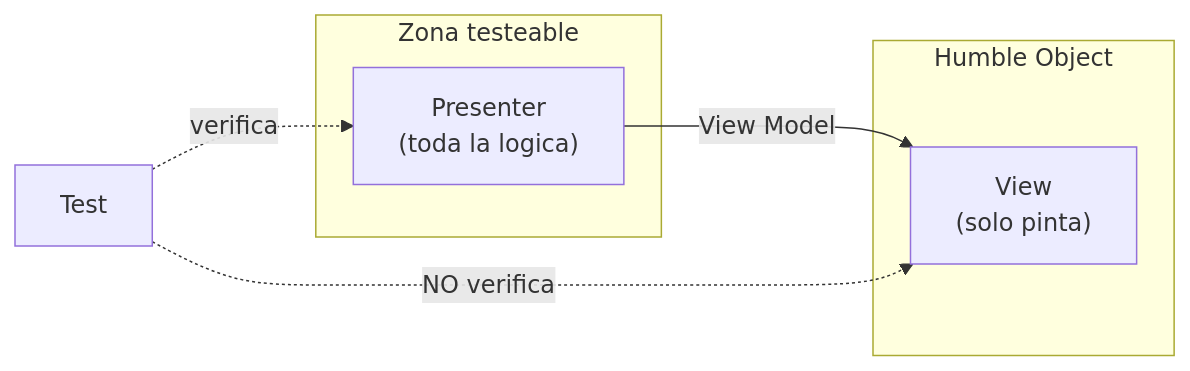
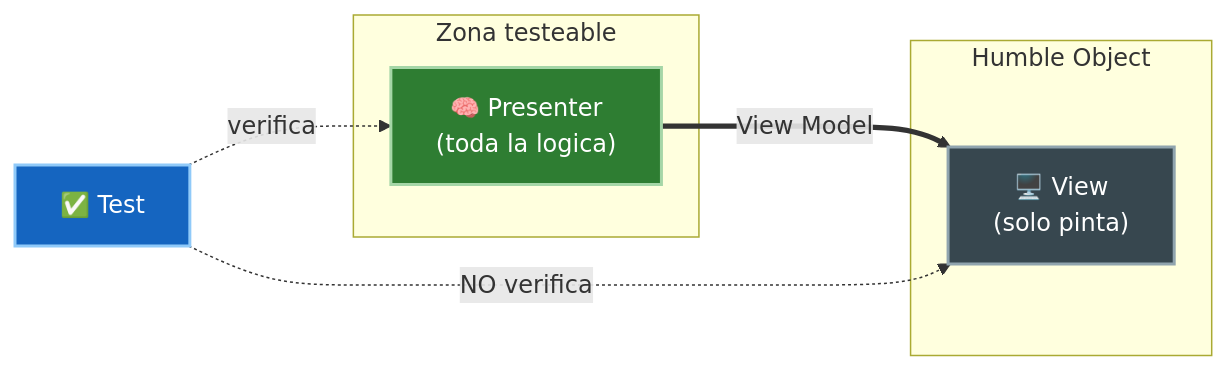
The first of 2 diagrams in 13-temas-transversales/01-testeabilidad-y-diseno.md (JavierMachucaA/clean-architecture-guia), drawn with Mermaid before and after one commit. The commit also changed other lines of this file and 45 other files, not shown here.

````diff
--- a/13-temas-transversales/01-testeabilidad-y-diseno.md
+++ b/13-temas-transversales/01-testeabilidad-y-diseno.md
@@ -37,12 +37,19 @@
 ```mermaid
 flowchart LR
     subgraph Testeable["Zona testeable"]
-        P["Presenter\n(toda la logica)"]
+        P["🧠 Presenter<br/>(toda la logica)"]
     end
     subgraph Humilde["Humble Object"]
-        V["View\n(solo pinta)"]
+        V["🖥️ View<br/>(solo pinta)"]
     end
-    P -->|View Model| V
-    T["Test"] -.verifica.-> P
+    P ==>|View Model| V
+    T["✅ Test"] -.verifica.-> P
     T -.NO verifica.-> V
+
+    class P testeable
+    class V view
+    class T iface
+    classDef testeable fill:#2e7d32,stroke:#a5d6a7,color:#fff,stroke-width:2px
+    classDef view fill:#37474f,stroke:#90a4ae,color:#fff,stroke-width:2px
+    classDef iface fill:#1565c0,stroke:#90caf9,color:#fff,stroke-width:2px
 ```
````
